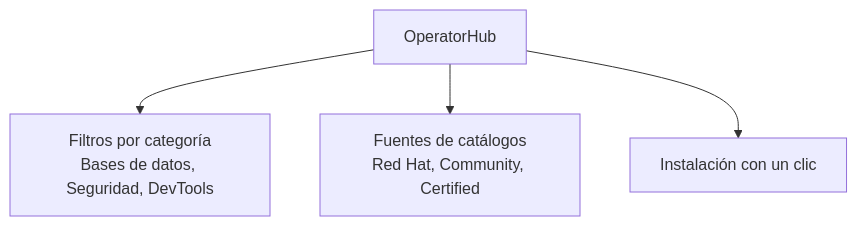
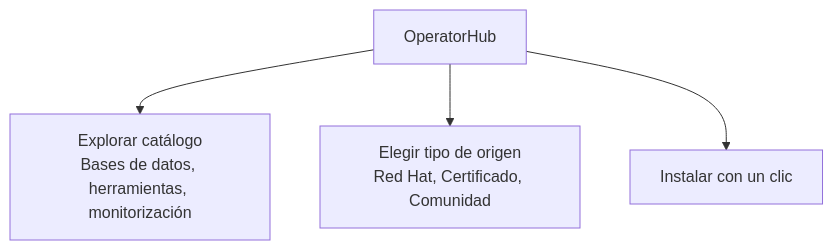
One commit to ieftraining/curso-openshift changed the second of 3 diagrams in docs/sesion3/3.7 Operadores.md. Above: the diagram before and after it, drawn with Mermaid. The commit also changed other lines of this file, not shown here.

````diff
--- a/docs/sesion3/3.7 Operadores.md
+++ b/docs/sesion3/3.7 Operadores.md
@@ -42,6 +48,6 @@
 ```mermaid
 flowchart TD
-    A[OperatorHub] --> B[Filtros por categoría<br>Bases de datos, Seguridad, DevTools]
-    A --> C[Fuentes de catálogos<br>Red Hat, Community, Certified]
-    A --> D[Instalación con un clic]
+    A[OperatorHub] --> B[Explorar catálogo<br>Bases de datos, herramientas, monitorización]
+    A --> C[Elegir tipo de origen<br>Red Hat, Certificado, Comunidad]
+    A --> D[Instalar con un clic]
 ```
````
